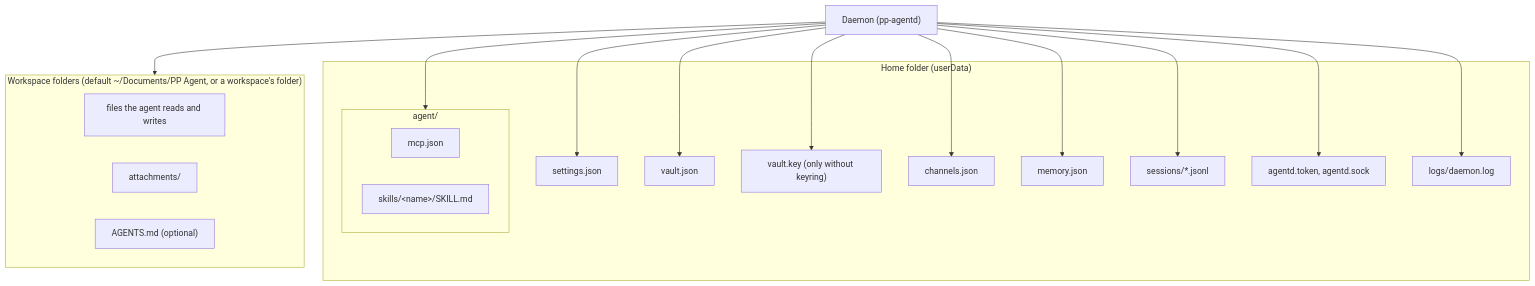
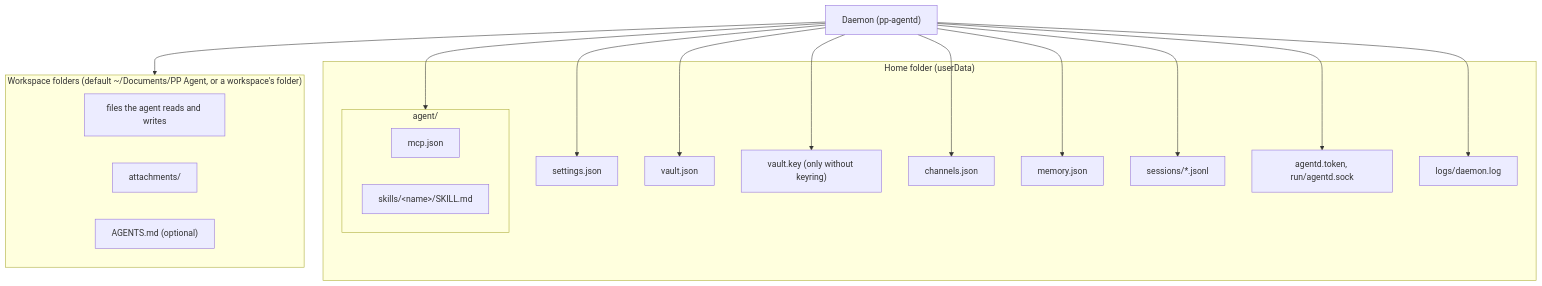
The diagram in docs/architecture/data-storage.md (pp-techs/pp-agent), drawn with Mermaid before and after one commit. The commit also changed other lines of this file and 8 other files, not shown here.

````diff
--- a/docs/architecture/data-storage.md
+++ b/docs/architecture/data-storage.md
@@ -5,32 +5,32 @@
 ```mermaid
 flowchart TB
   subgraph home["Home folder (userData)"]
     S["settings.json"]
     V["vault.json"]
     K["vault.key (only without keyring)"]
     CH["channels.json"]
     MEM["memory.json"]
     subgraph agentDir["agent/"]
       MJ["mcp.json"]
       SK["skills/&lt;name&gt;/SKILL.md"]
     end
     SE["sessions/*.jsonl"]
-    TOK["agentd.token, agentd.sock"]
+    TOK["agentd.token, run/agentd.sock"]
     LOG["logs/daemon.log"]
   end
   subgraph ws["Workspace folders (default ~/Documents/PP Agent, or a workspace's folder)"]
     W["files the agent reads and writes"]
     AT["attachments/"]
     AG["AGENTS.md (optional)"]
   end
   Daemon["Daemon (pp-agentd)"] --> S
   Daemon --> V
   Daemon --> K
   Daemon --> CH
   Daemon --> MEM
   Daemon --> agentDir
   Daemon --> SE
   Daemon --> TOK
   Daemon --> LOG
   Daemon --> ws
 ```
````
